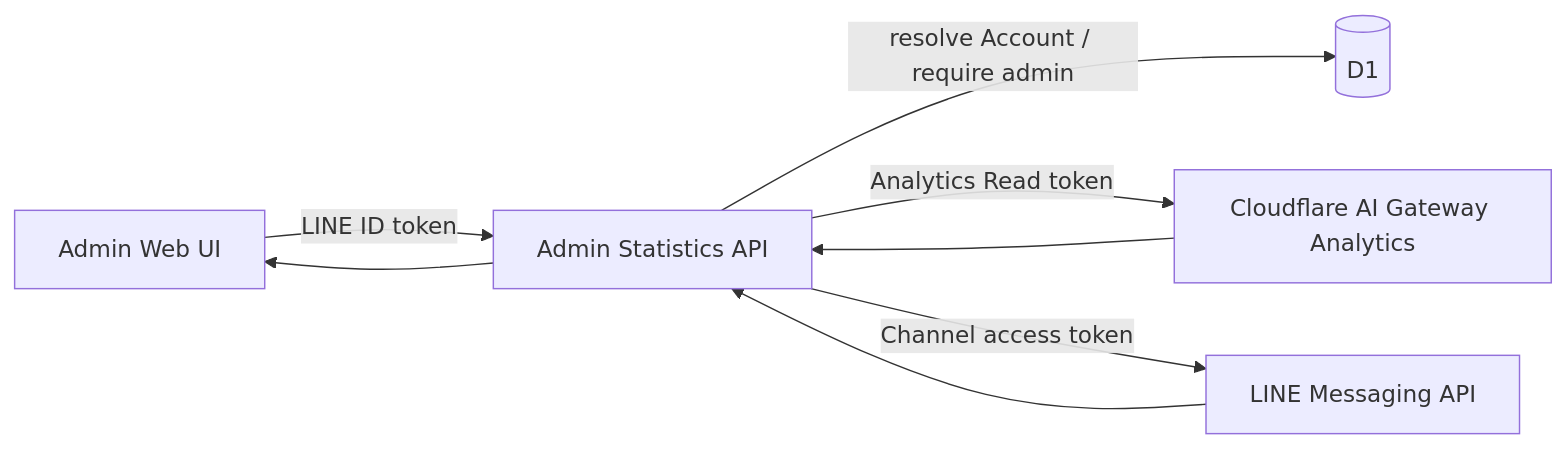
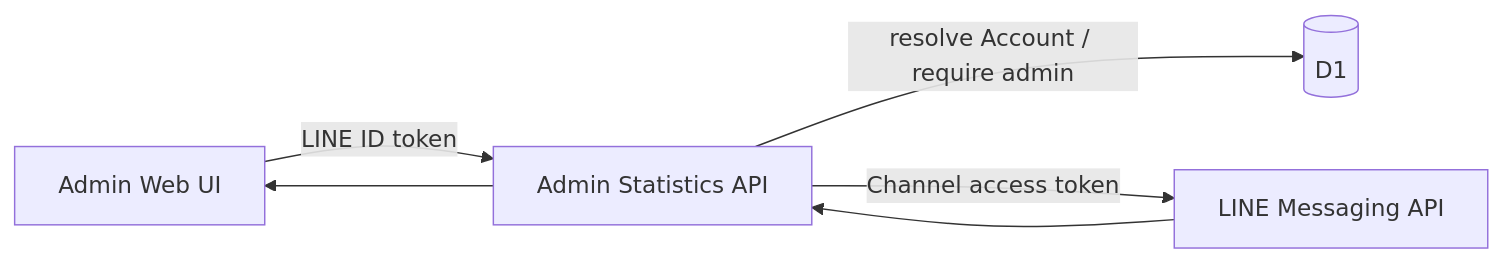
Before and after one commit to kkyosuke/me-builder: the diagram in docs/architecture/admin-statistics-dashboard.md, drawn with Mermaid. The commit also changed other lines of this file and 31 other files, not shown here.

````diff
--- a/docs/architecture/admin-statistics-dashboard.md
+++ b/docs/architecture/admin-statistics-dashboard.md
@@ -40,10 +39,8 @@
 ```mermaid
 flowchart LR
     A[Admin Web UI] -->|LINE ID token| API[Admin Statistics API]
     API -->|resolve Account / require admin| D1[(D1)]
-    API -->|Analytics Read token| CF[Cloudflare AI Gateway Analytics]
     API -->|Channel access token| LINE[LINE Messaging API]
-    CF --> API
     LINE --> API
     API --> A
 ```
````
